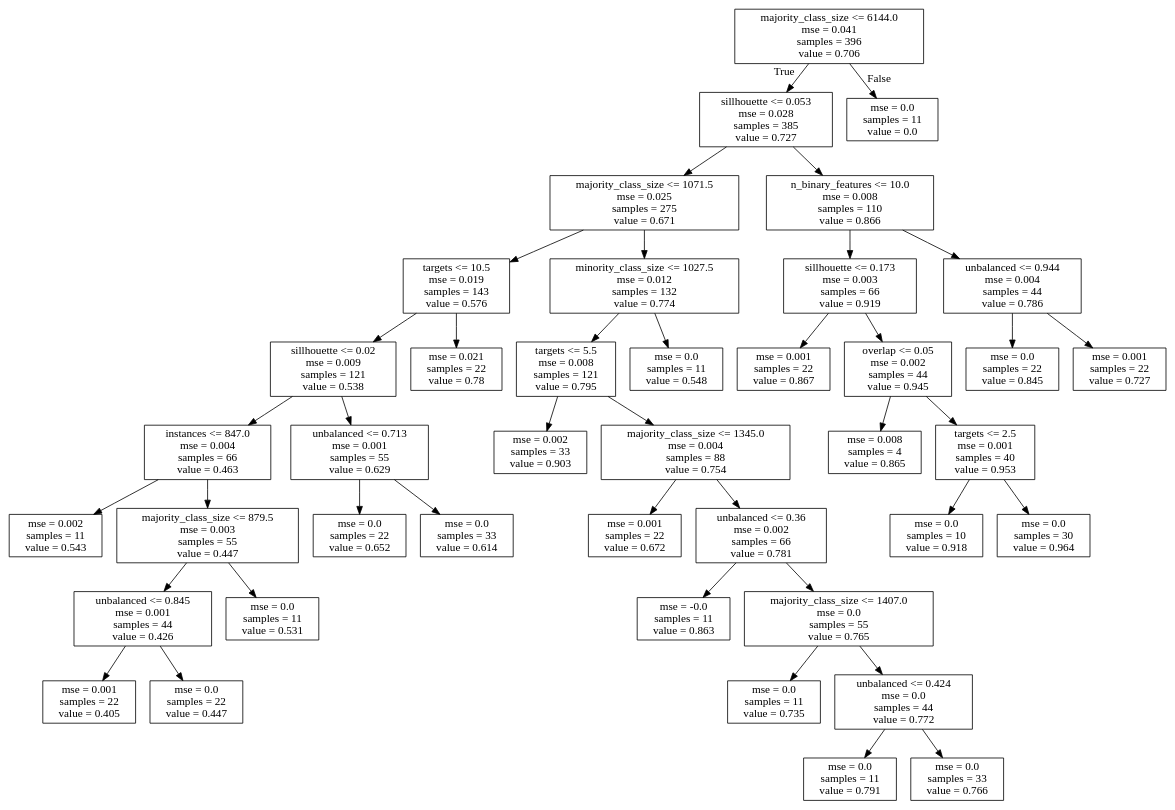
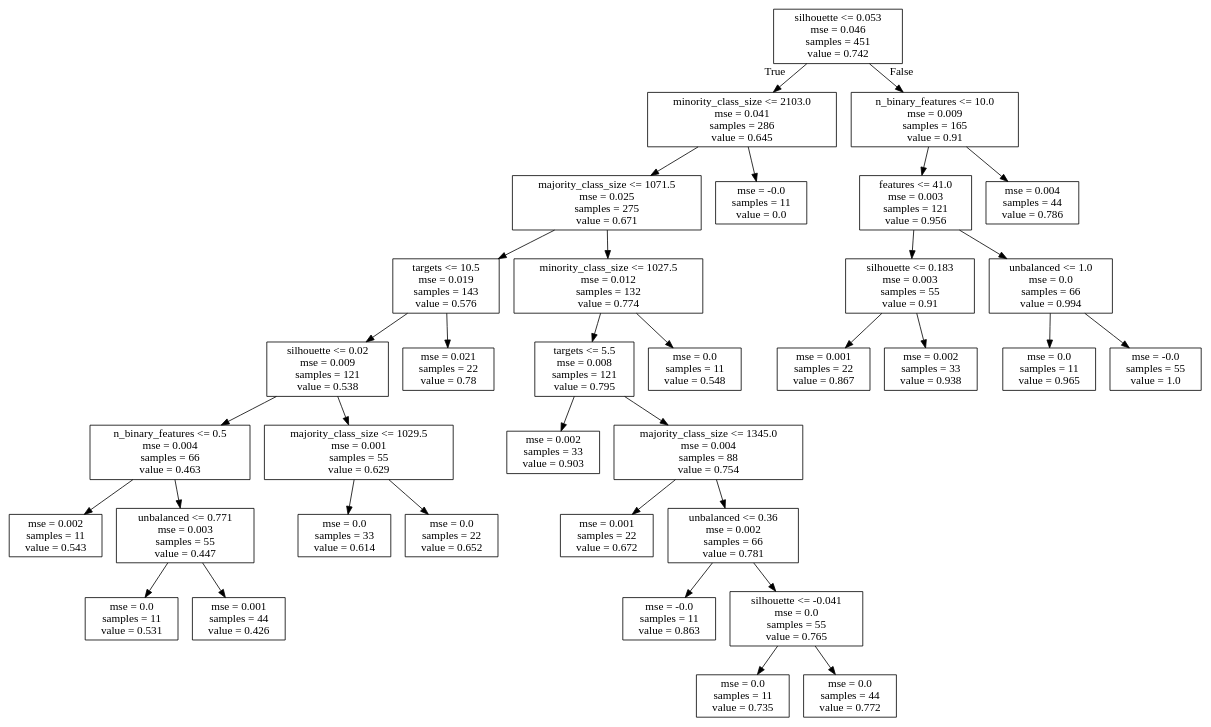
Before and after one commit to rsboos/DistributedClassifier: the diagram in analysis/learning/regression/results/trees/borda_f1_scores.dot, drawn with Graphviz. The commit also changed 147 other files, not shown here.

```diff
--- a/analysis/learning/regression/results/trees/borda_f1_scores.dot
+++ b/analysis/learning/regression/results/trees/borda_f1_scores.dot
@@ -1,84 +1,72 @@
 digraph Tree {
 node [shape=box] ;
-0 [label="majority_class_size <= 6144.0\nmse = 0.041\nsamples = 396\nvalue = 0.706"] ;
-1 [label="sillhouette <= 0.053\nmse = 0.028\nsamples = 385\nvalue = 0.727"] ;
+0 [label="silhouette <= 0.053\nmse = 0.046\nsamples = 451\nvalue = 0.742"] ;
+1 [label="minority_class_size <= 2103.0\nmse = 0.041\nsamples = 286\nvalue = 0.645"] ;
 0 -> 1 [labeldistance=2.5, labelangle=45, headlabel="True"] ;
 2 [label="majority_class_size <= 1071.5\nmse = 0.025\nsamples = 275\nvalue = 0.671"] ;
 1 -> 2 ;
 3 [label="targets <= 10.5\nmse = 0.019\nsamples = 143\nvalue = 0.576"] ;
 2 -> 3 ;
-4 [label="sillhouette <= 0.02\nmse = 0.009\nsamples = 121\nvalue = 0.538"] ;
+4 [label="silhouette <= 0.02\nmse = 0.009\nsamples = 121\nvalue = 0.538"] ;
 3 -> 4 ;
-5 [label="instances <= 847.0\nmse = 0.004\nsamples = 66\nvalue = 0.463"] ;
+5 [label="n_binary_features <= 0.5\nmse = 0.004\nsamples = 66\nvalue = 0.463"] ;
 4 -> 5 ;
 6 [label="mse = 0.002\nsamples = 11\nvalue = 0.543"] ;
 5 -> 6 ;
-7 [label="majority_class_size <= 879.5\nmse = 0.003\nsamples = 55\nvalue = 0.447"] ;
+7 [label="unbalanced <= 0.771\nmse = 0.003\nsamples = 55\nvalue = 0.447"] ;
 5 -> 7 ;
-8 [label="unbalanced <= 0.845\nmse = 0.001\nsamples = 44\nvalue = 0.426"] ;
+8 [label="mse = 0.0\nsamples = 11\nvalue = 0.531"] ;
 7 -> 8 ;
-9 [label="mse = 0.001\nsamples = 22\nvalue = 0.405"] ;
-8 -> 9 ;
-10 [label="mse = 0.0\nsamples = 22\nvalue = 0.447"] ;
-8 -> 10 ;
-11 [label="mse = 0.0\nsamples = 11\nvalue = 0.531"] ;
-7 -> 11 ;
-12 [label="unbalanced <= 0.713\nmse = 0.001\nsamples = 55\nvalue = 0.629"] ;
-4 -> 12 ;
-13 [label="mse = 0.0\nsamples = 22\nvalue = 0.652"] ;
-12 -> 13 ;
-14 [label="mse = 0.0\nsamples = 33\nvalue = 0.614"] ;
-12 -> 14 ;
-15 [label="mse = 0.021\nsamples = 22\nvalue = 0.78"] ;
-3 -> 15 ;
-16 [label="minority_class_size <= 1027.5\nmse = 0.012\nsamples = 132\nvalue = 0.774"] ;
-2 -> 16 ;
-17 [label="targets <= 5.5\nmse = 0.008\nsamples = 121\nvalue = 0.795"] ;
-16 -> 17 ;
-18 [label="mse = 0.002\nsamples = 33\nvalue = 0.903"] ;
+9 [label="mse = 0.001\nsamples = 44\nvalue = 0.426"] ;
+7 -> 9 ;
+10 [label="majority_class_size <= 1029.5\nmse = 0.001\nsamples = 55\nvalue = 0.629"] ;
+4 -> 10 ;
+11 [label="mse = 0.0\nsamples = 33\nvalue = 0.614"] ;
+10 -> 11 ;
+12 [label="mse = 0.0\nsamples = 22\nvalue = 0.652"] ;
+10 -> 12 ;
+13 [label="mse = 0.021\nsamples = 22\nvalue = 0.78"] ;
+3 -> 13 ;
+14 [label="minority_class_size <= 1027.5\nmse = 0.012\nsamples = 132\nvalue = 0.774"] ;
+2 -> 14 ;
+15 [label="targets <= 5.5\nmse = 0.008\nsamples = 121\nvalue = 0.795"] ;
+14 -> 15 ;
+16 [label="mse = 0.002\nsamples = 33\nvalue = 0.903"] ;
+15 -> 16 ;
+17 [label="majority_class_size <= 1345.0\nmse = 0.004\nsamples = 88\nvalue = 0.754"] ;
+15 -> 17 ;
+18 [label="mse = 0.001\nsamples = 22\nvalue = 0.672"] ;
 17 -> 18 ;
-19 [label="majority_class_size <= 1345.0\nmse = 0.004\nsamples = 88\nvalue = 0.754"] ;
+19 [label="unbalanced <= 0.36\nmse = 0.002\nsamples = 66\nvalue = 0.781"] ;
 17 -> 19 ;
-20 [label="mse = 0.001\nsamples = 22\nvalue = 0.672"] ;
+20 [label="mse = -0.0\nsamples = 11\nvalue = 0.863"] ;
 19 -> 20 ;
-21 [label="unbalanced <= 0.36\nmse = 0.002\nsamples = 66\nvalue = 0.781"] ;
+21 [label="silhouette <= -0.041\nmse = 0.0\nsamples = 55\nvalue = 0.765"] ;
 19 -> 21 ;
-22 [label="mse = -0.0\nsamples = 11\nvalue = 0.863"] ;
+22 [label="mse = 0.0\nsamples = 11\nvalue = 0.735"] ;
 21 -> 22 ;
-23 [label="majority_class_size <= 1407.0\nmse = 0.0\nsamples = 55\nvalue = 0.765"] ;
+23 [label="mse = 0.0\nsamples = 44\nvalue = 0.772"] ;
 21 -> 23 ;
-24 [label="mse = 0.0\nsamples = 11\nvalue = 0.735"] ;
-23 -> 24 ;
-25 [label="unbalanced <= 0.424\nmse = 0.0\nsamples = 44\nvalue = 0.772"] ;
-23 -> 25 ;
-26 [label="mse = 0.0\nsamples = 11\nvalue = 0.791"] ;
-25 -> 26 ;
-27 [label="mse = 0.0\nsamples = 33\nvalue = 0.766"] ;
-25 -> 27 ;
-28 [label="mse = 0.0\nsamples = 11\nvalue = 0.548"] ;
-16 -> 28 ;
-29 [label="n_binary_features <= 10.0\nmse = 0.008\nsamples = 110\nvalue = 0.866"] ;
-1 -> 29 ;
-30 [label="sillhouette <= 0.173\nmse = 0.003\nsamples = 66\nvalue = 0.919"] ;
-29 -> 30 ;
-31 [label="mse = 0.001\nsamples = 22\nvalue = 0.867"] ;
-30 -> 31 ;
-32 [label="overlap <= 0.05\nmse = 0.002\nsamples = 44\nvalue = 0.945"] ;
-30 -> 32 ;
-33 [label="mse = 0.008\nsamples = 4\nvalue = 0.865"] ;
-32 -> 33 ;
-34 [label="targets <= 2.5\nmse = 0.001\nsamples = 40\nvalue = 0.953"] ;
-32 -> 34 ;
-35 [label="mse = 0.0\nsamples = 10\nvalue = 0.918"] ;
-34 -> 35 ;
-36 [label="mse = 0.0\nsamples = 30\nvalue = 0.964"] ;
-34 -> 36 ;
-37 [label="unbalanced <= 0.944\nmse = 0.004\nsamples = 44\nvalue = 0.786"] ;
-29 -> 37 ;
-38 [label="mse = 0.0\nsamples = 22\nvalue = 0.845"] ;
-37 -> 38 ;
-39 [label="mse = 0.001\nsamples = 22\nvalue = 0.727"] ;
-37 -> 39 ;
-40 [label="mse = 0.0\nsamples = 11\nvalue = 0.0"] ;
-0 -> 40 [labeldistance=2.5, labelangle=-45, headlabel="False"] ;
+24 [label="mse = 0.0\nsamples = 11\nvalue = 0.548"] ;
+14 -> 24 ;
+25 [label="mse = -0.0\nsamples = 11\nvalue = 0.0"] ;
+1 -> 25 ;
+26 [label="n_binary_features <= 10.0\nmse = 0.009\nsamples = 165\nvalue = 0.91"] ;
+0 -> 26 [labeldistance=2.5, labelangle=-45, headlabel="False"] ;
+27 [label="features <= 41.0\nmse = 0.003\nsamples = 121\nvalue = 0.956"] ;
+26 -> 27 ;
+28 [label="silhouette <= 0.183\nmse = 0.003\nsamples = 55\nvalue = 0.91"] ;
+27 -> 28 ;
+29 [label="mse = 0.001\nsamples = 22\nvalue = 0.867"] ;
+28 -> 29 ;
+30 [label="mse = 0.002\nsamples = 33\nvalue = 0.938"] ;
+28 -> 30 ;
+31 [label="unbalanced <= 1.0\nmse = 0.0\nsamples = 66\nvalue = 0.994"] ;
+27 -> 31 ;
+32 [label="mse = 0.0\nsamples = 11\nvalue = 0.965"] ;
+31 -> 32 ;
+33 [label="mse = -0.0\nsamples = 55\nvalue = 1.0"] ;
+31 -> 33 ;
+34 [label="mse = 0.004\nsamples = 44\nvalue = 0.786"] ;
+26 -> 34 ;
 }
```
